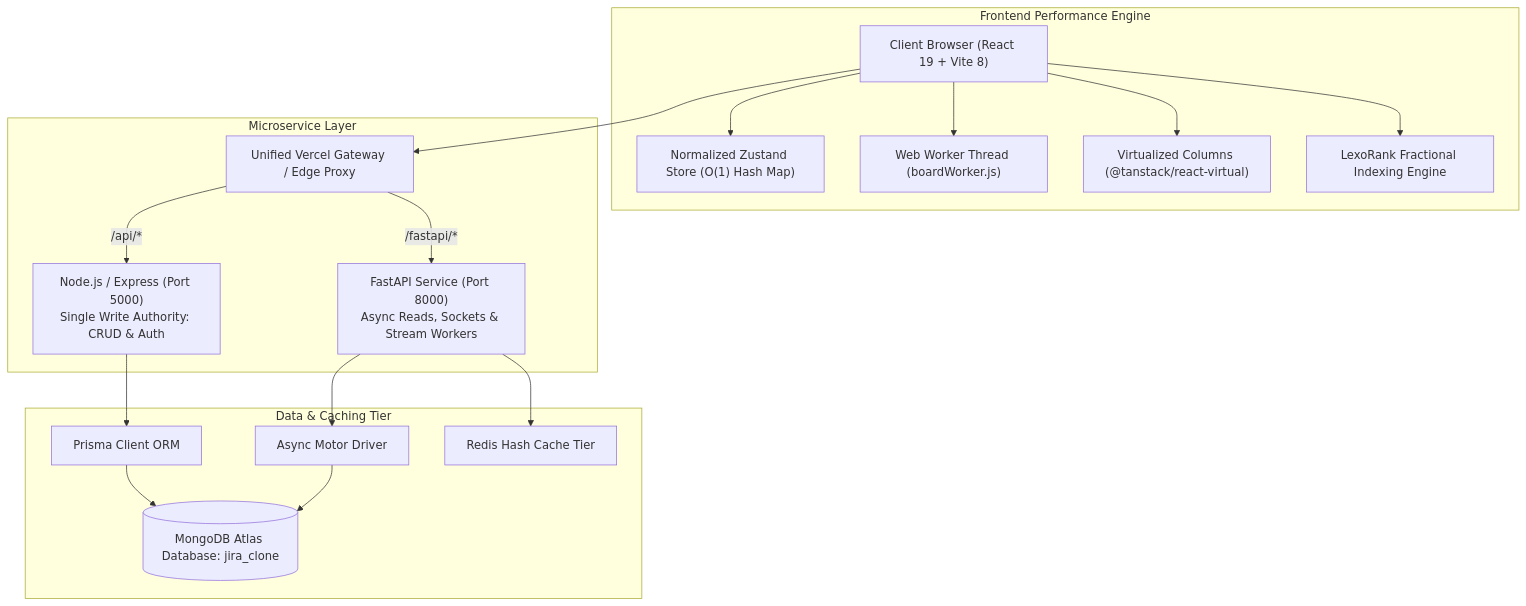
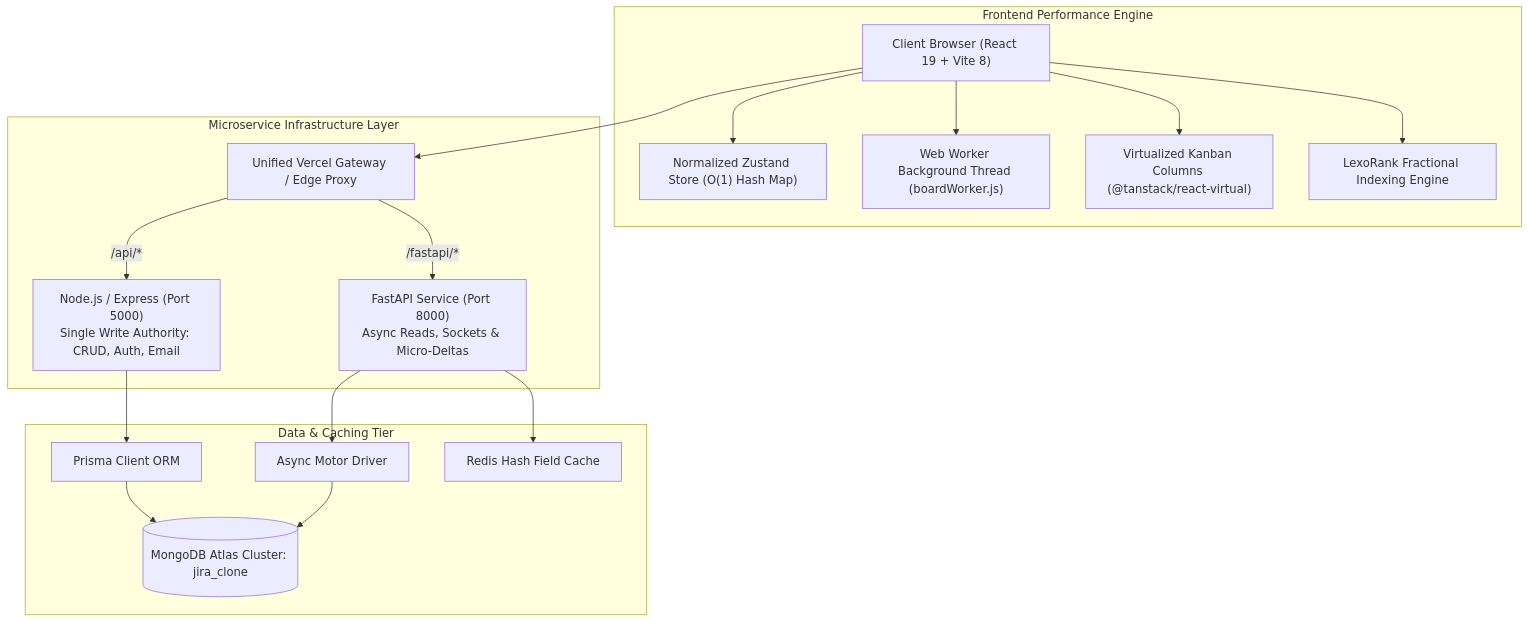
One commit to NirbhayKunwar/Jira-Clone changed the first of 2 diagrams in README.md. Above: the diagram before and after it, drawn with Mermaid. The commit also changed other lines of this file, not shown here.

Commit message:
docs: write ultra-professional master README.md with badges, system architecture diagrams, database ERD, SLAs, and deployment guide

````diff
--- a/README.md
+++ b/README.md
@@ -42,24 +50,24 @@
 ```mermaid
 graph TD
     Client["Client Browser (React 19 + Vite 8)"] --> Gateway["Unified Vercel Gateway / Edge Proxy"]
     
     subgraph Frontend Performance Engine
         Client --> Zustand["Normalized Zustand Store (O(1) Hash Map)"]
-        Client --> Worker["Web Worker Thread (boardWorker.js)"]
-        Client --> Virtualizer["Virtualized Columns (@tanstack/react-virtual)"]
+        Client --> Worker["Web Worker Background Thread (boardWorker.js)"]
+        Client --> Virtualizer["Virtualized Kanban Columns (@tanstack/react-virtual)"]
         Client --> LexoRank["LexoRank Fractional Indexing Engine"]
     end
     
-    subgraph Microservice Layer
-        Gateway -->|/api/*| NodeAPI["Node.js / Express (Port 5000)<br/>Single Write Authority: CRUD & Auth"]
-        Gateway -->|/fastapi/*| FastEngine["FastAPI Service (Port 8000)<br/>Async Reads, Sockets & Stream Workers"]
+    subgraph Microservice Infrastructure Layer
+        Gateway -->|/api/*| NodeAPI["Node.js / Express (Port 5000)<br/>Single Write Authority: CRUD, Auth, Email"]
+        Gateway -->|/fastapi/*| FastEngine["FastAPI Service (Port 8000)<br/>Async Reads, Sockets & Micro-Deltas"]
     end
 
     subgraph Data & Caching Tier
         NodeAPI --> Prisma["Prisma Client ORM"]
         FastEngine --> Motor["Async Motor Driver"]
-        FastEngine --> Redis["Redis Hash Cache Tier"]
-        Prisma --> MongoDB[("MongoDB Atlas Database: jira_clone")]
+        FastEngine --> Redis["Redis Hash Field Cache"]
+        Prisma --> MongoDB[("MongoDB Atlas Cluster: jira_clone")]
         Motor --> MongoDB
     end
 ```
````
